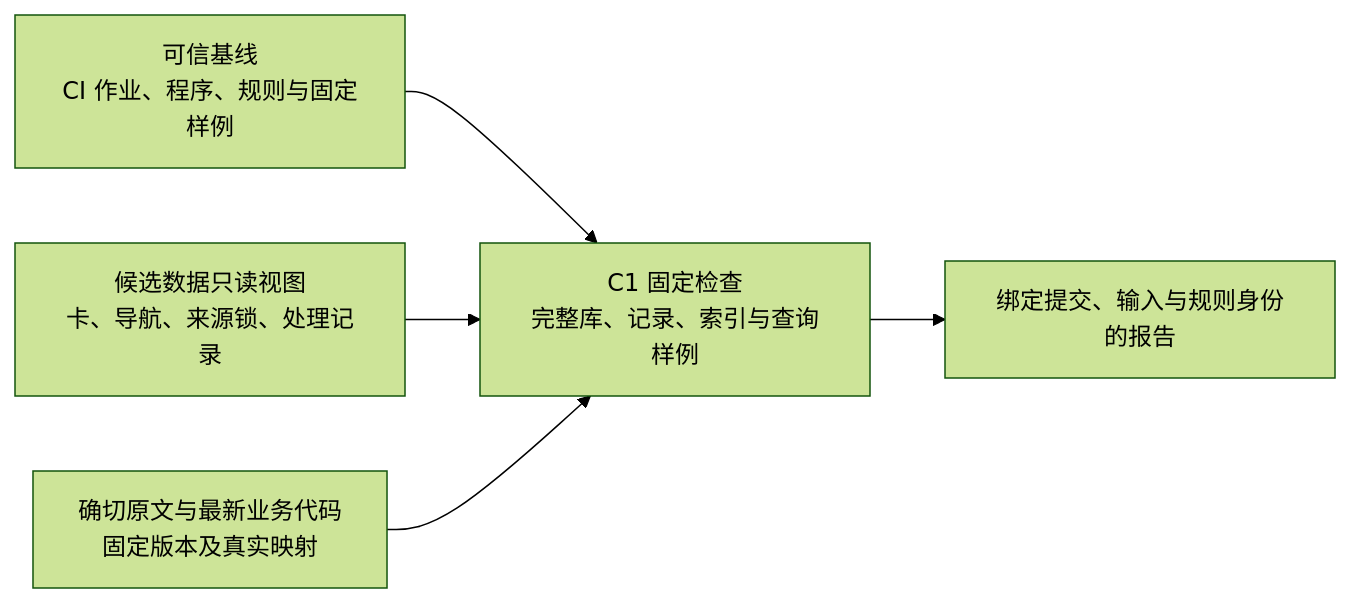
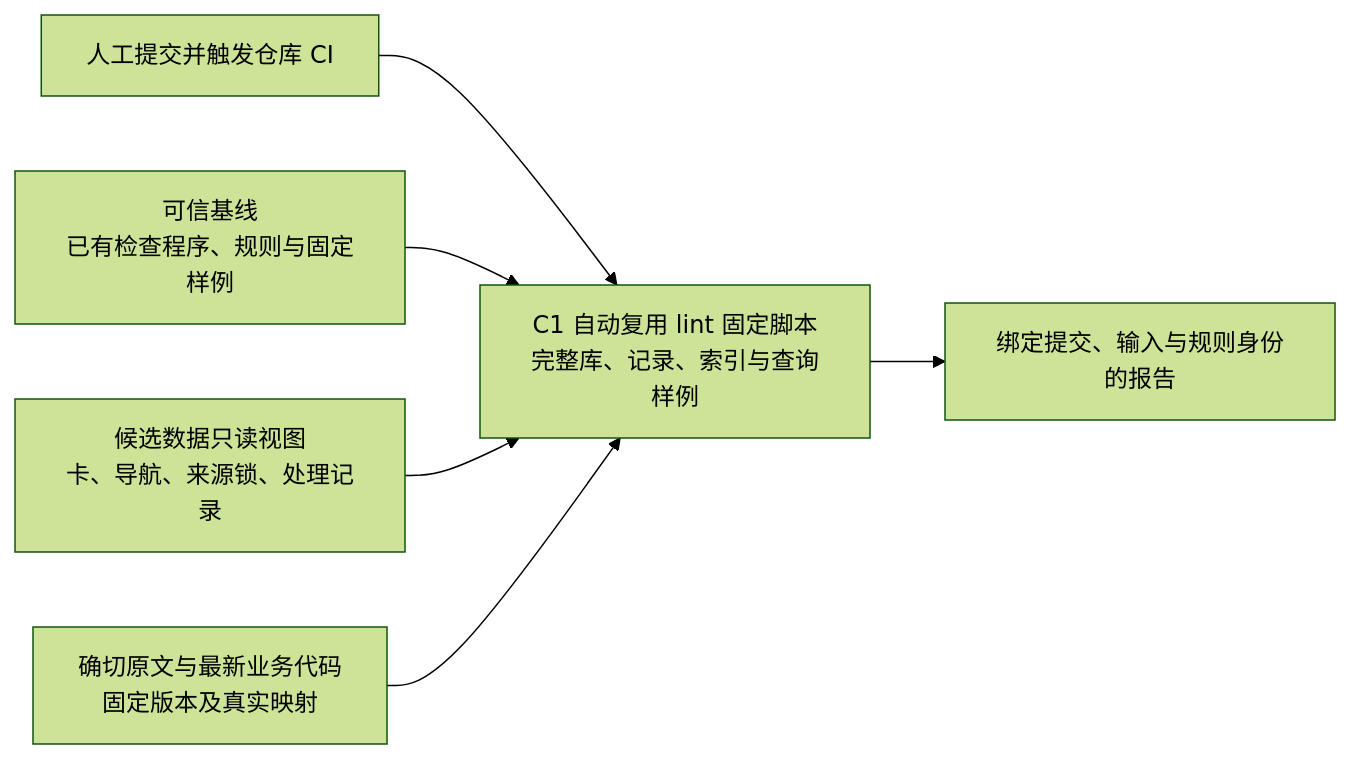
Before and after one commit to Robin-hhc/FactumCore: diagram 14 of 19 in aiotbot-knowledge-wifi-mp/docs-llm-wiki/知识库详细设计.md, drawn with Mermaid (forest theme). The commit also changed other lines of this file and 95 other files, not shown here.

````diff
--- a/aiotbot-knowledge-wifi-mp/docs-llm-wiki/知识库详细设计.md
+++ b/aiotbot-knowledge-wifi-mp/docs-llm-wiki/知识库详细设计.md
@@ -624,7 +636,8 @@
 ```mermaid
 flowchart LR
-    BASE["可信基线<br/>CI 作业、程序、规则与固定样例"] --> CHECK["C1 固定检查<br/>完整库、记录、索引与查询样例"]
+    HUMAN["人工提交并触发仓库 CI"] --> CHECK["C1 自动复用 lint 固定脚本<br/>完整库、记录、索引与查询样例"]
+    BASE["可信基线<br/>已有检查程序、规则与固定样例"] --> CHECK
     DATA["候选数据只读视图<br/>卡、导航、来源锁、处理记录"] --> CHECK
     INPUT["确切原文与最新业务代码<br/>固定版本及真实映射"] --> CHECK
     CHECK --> RESULT["绑定提交、输入与规则身份的报告"]
 ```
````
